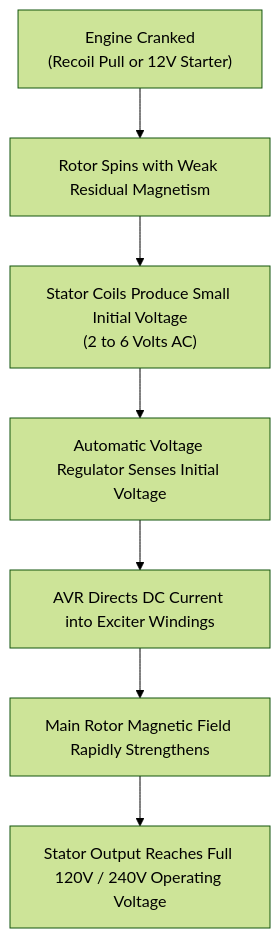
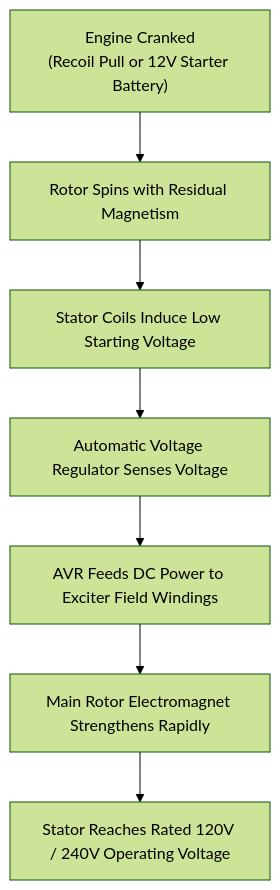
One commit to calcmypowerharis-app/kr changed the fourth of 8 diagrams in content-drafts/how-does-a-generator-work.md. Above: the diagram before and after it, drawn with Mermaid (forest theme). The commit also changed other lines of this file, not shown here.

````diff
--- a/content-drafts/how-does-a-generator-work.md
+++ b/content-drafts/how-does-a-generator-work.md
@@ -127,9 +164,9 @@
 ```mermaid
 flowchart TD
-    A["Engine Cranked<br>(Recoil Pull or 12V Starter)"] --> B["Rotor Spins with Weak Residual Magnetism"]
-    B --> C["Stator Coils Produce Small Initial Voltage<br>(2 to 6 Volts AC)"]
-    C --> D["Automatic Voltage Regulator Senses Initial Voltage"]
-    D --> E["AVR Directs DC Current into Exciter Windings"]
-    E --> F["Main Rotor Magnetic Field Rapidly Strengthens"]
-    F --> G["Stator Output Reaches Full 120V / 240V Operating Voltage"]
+    A["Engine Cranked<br>(Recoil Pull or 12V Starter Battery)"] --> B["Rotor Spins with Residual Magnetism"]
+    B --> C["Stator Coils Induce Low Starting Voltage"]
+    C --> D["Automatic Voltage Regulator Senses Voltage"]
+    D --> E["AVR Feeds DC Power to Exciter Field Windings"]
+    E --> F["Main Rotor Electromagnet Strengthens Rapidly"]
+    F --> G["Stator Reaches Rated 120V / 240V Operating Voltage"]
 ```
````
